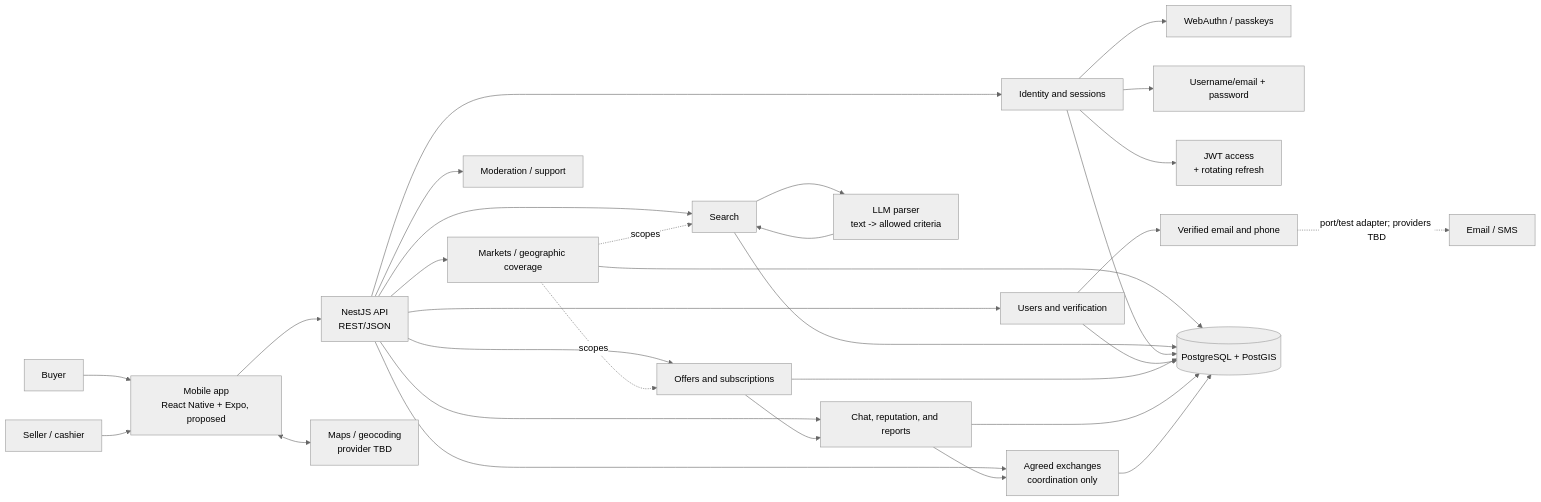
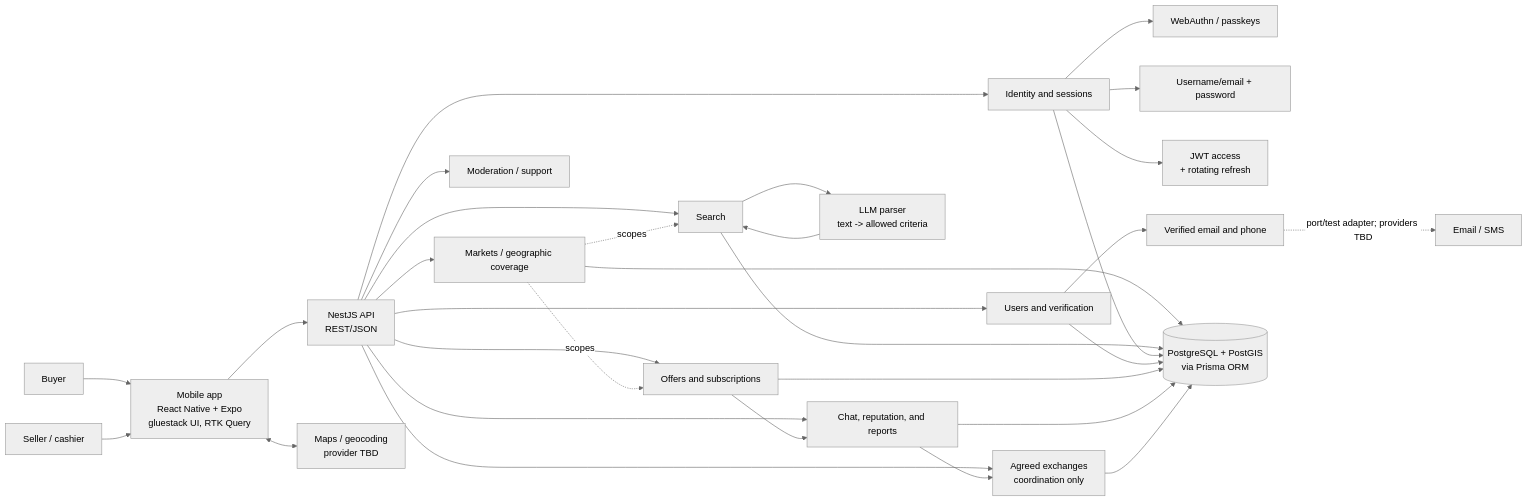
The diagram in docs/architecture.md (lyondeveloper/tudolarapp), drawn with Mermaid (neutral theme) before and after one commit. The commit also changed other lines of this file and 3 other files, not shown here.

First line of the commit message:
Document the Prisma, RTK Query, and OpenSpec stack.

````diff
--- a/docs/architecture.md
+++ b/docs/architecture.md
@@ -5,37 +5,37 @@
 ```mermaid
 flowchart LR
-  Buyer[Buyer] --> Mobile[Mobile app<br/>React Native + Expo, proposed]
+  Buyer[Buyer] --> Mobile[Mobile app<br/>React Native + Expo<br/>gluestack UI, RTK Query]
   Seller[Seller / cashier] --> Mobile
   Mobile --> API[NestJS API<br/>REST/JSON]
 
   API --> Identity[Identity and sessions]
   API --> Users[Users and verification]
   API --> Markets[Markets / geographic coverage]
   API --> Offers[Offers and subscriptions]
   API --> Search[Search]
   API --> Chat[Chat, reputation, and reports]
   API --> Exchanges[Agreed exchanges<br/>coordination only]
   API --> Admin[Moderation / support]
 
   Identity --> Passkeys[WebAuthn / passkeys]
   Identity --> Password[Username/email + password]
   Identity --> Tokens[JWT access<br/>+ rotating refresh]
   Users --> Contact[Verified email and phone]
   Contact -. port/test adapter; providers TBD .-> Delivery[Email / SMS]
 
   Markets -. scopes .-> Offers
   Markets -. scopes .-> Search
   Offers --> Chat
   Chat --> Exchanges
   Search --> Parser[LLM parser<br/>text -> allowed criteria]
   Parser --> Search
-  Markets --> DB[(PostgreSQL + PostGIS)]
+  Markets --> DB[(PostgreSQL + PostGIS<br/>via Prisma ORM)]
   Search --> DB
   Identity --> DB
   Users --> DB
   Offers --> DB
   Chat --> DB
   Exchanges --> DB
 
   Mobile <--> Maps[Maps / geocoding<br/>provider TBD]
 ```
````
